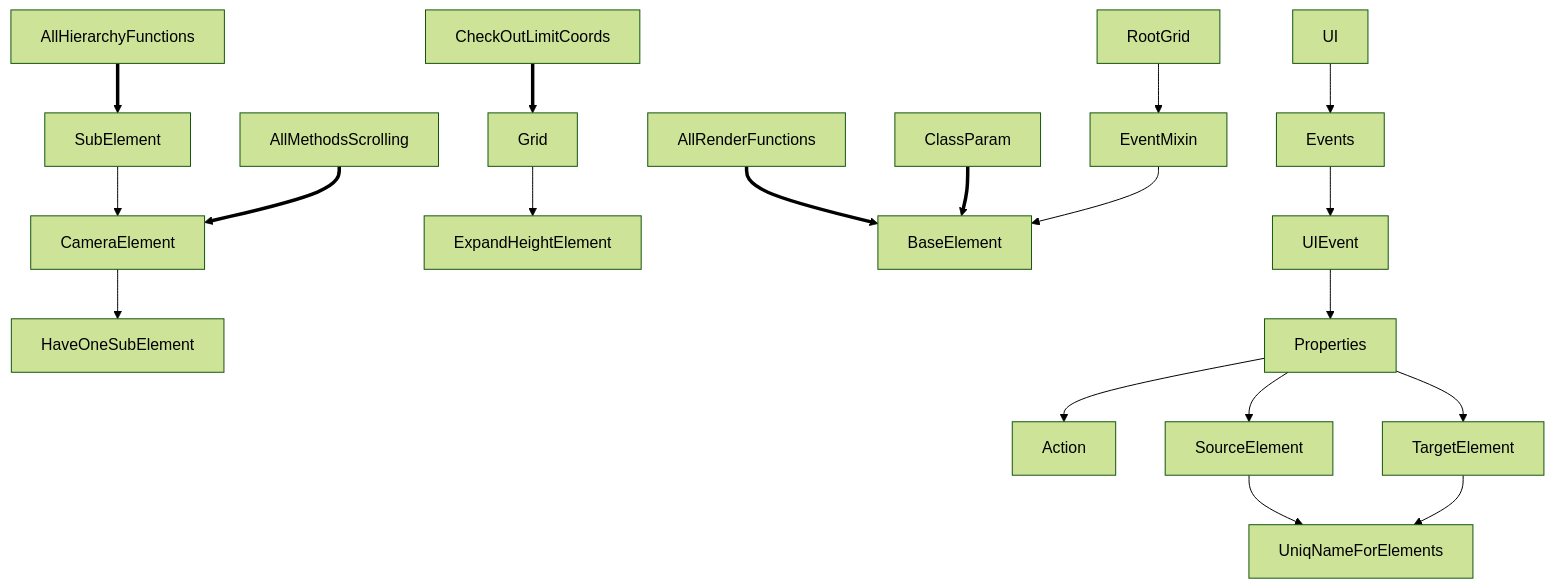
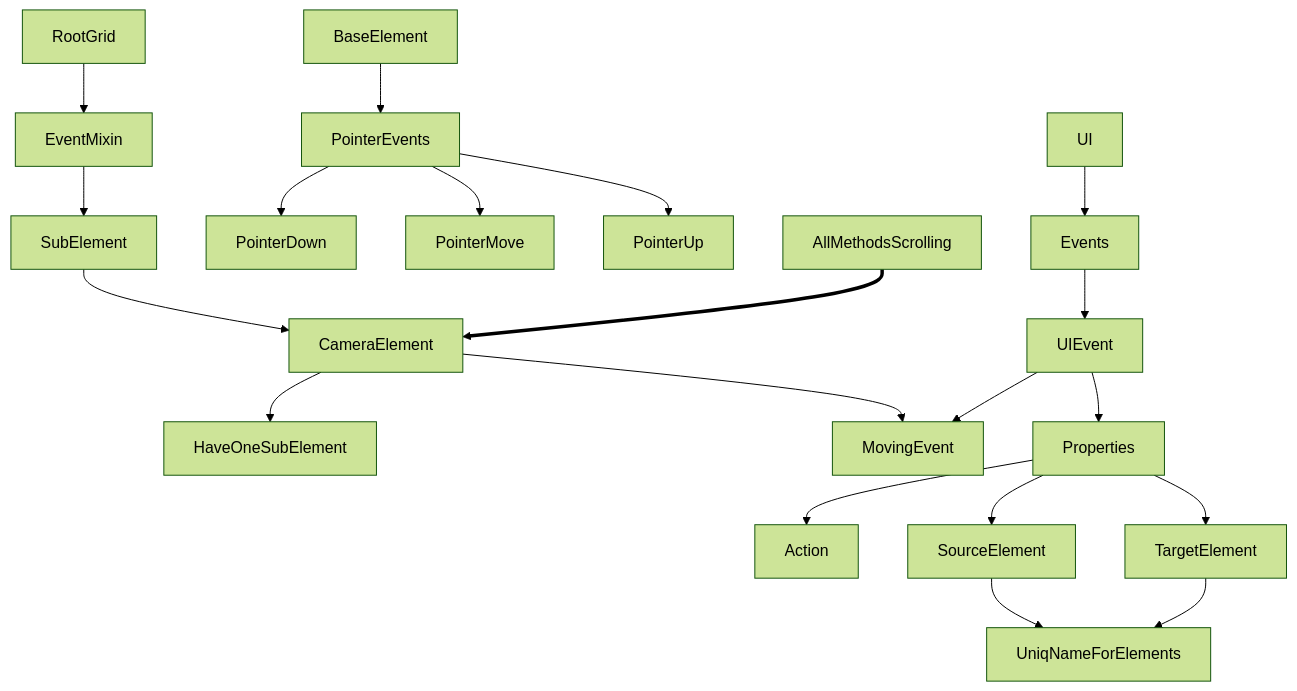
The second of 2 diagrams in README.md (ellementul/UIGameGrid), drawn with Mermaid (forest theme) before and after one commit. The commit also changed other lines of this file and 9 other files, not shown here.

````diff
--- a/README.md
+++ b/README.md
@@ -68,17 +71,19 @@
 ```mermaid
   flowchart TD
       SubElement --> CameraElement
-      Grid --> ExpandHeightElement
+      BaseElement --> PointerEvents
+      PointerEvents --> PointerDown
+      PointerEvents --> PointerMove
+      PointerEvents --> PointerUp
 
-      AllRenderFunctions ==> BaseElement
-      ClassParam ==> BaseElement
-      AllHierarchyFunctions ==> SubElement
-      CheckOutLimitCoords ==> Grid
       AllMethodsScrolling ==> CameraElement --> HaveOneSubElement
+      CameraElement --> MovingEvent
+      UIEvent --> MovingEvent
+
       UI --> Events --> UIEvent
-      RootGrid --> EventMixin --> BaseElement
+      RootGrid --> EventMixin --> SubElement
       UIEvent --> Properties
       Properties --> Action
       Properties --> SourceElement --> UniqNameForElements
       Properties --> TargetElement --> UniqNameForElements
 ```
````
